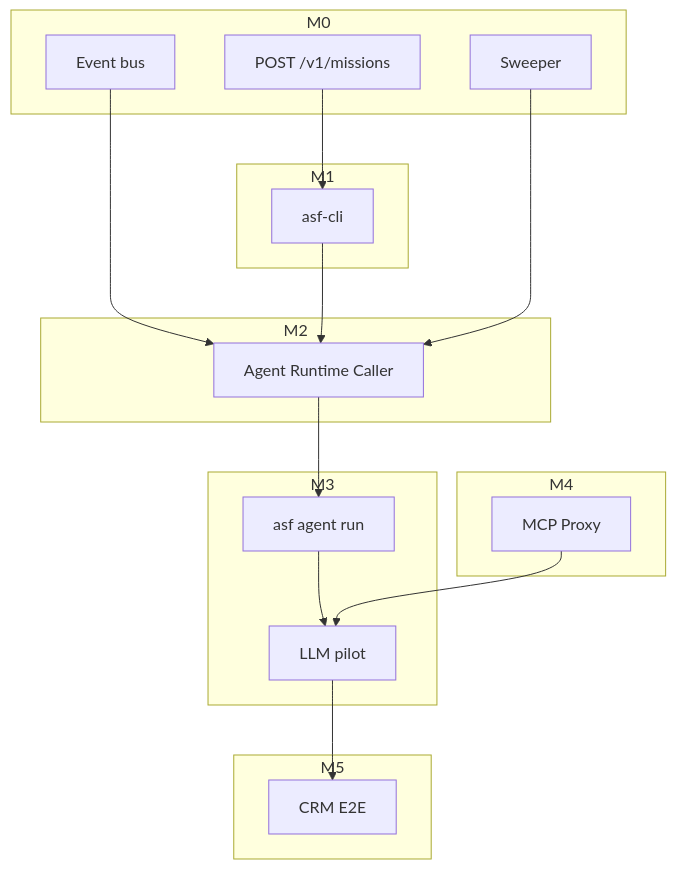
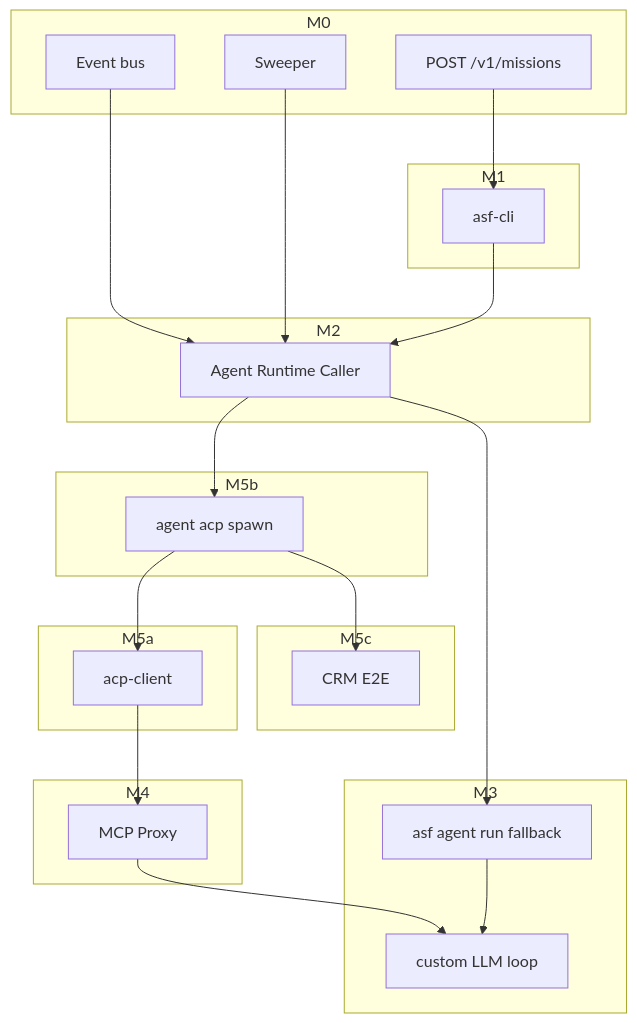
The second of 2 diagrams in docs/plans/v1-implementation-plan.md (openlearnia/OLAgent), drawn with Mermaid before and after one commit. The commit also changed other lines of this file and 9 other files, not shown here.

````diff
--- a/docs/plans/v1-implementation-plan.md
+++ b/docs/plans/v1-implementation-plan.md
@@ -357,33 +426,42 @@
 ```mermaid
 flowchart TD
     subgraph M0
         EB[Event bus]
         SW[Sweeper]
         PM[POST /v1/missions]
     end
     subgraph M1
         CLI[asf-cli]
     end
     subgraph M2
         ARC[Agent Runtime Caller]
     end
     subgraph M3
-        AR[asf agent run]
-        LLM[LLM pilot]
+        AR[asf agent run fallback]
+        LLM[custom LLM loop]
     end
     subgraph M4
         MCP[MCP Proxy]
     end
-    subgraph M5
+    subgraph M5a
+        ACP[acp-client]
+    end
+    subgraph M5b
+        CUR[agent acp spawn]
+    end
+    subgraph M5c
         CRM[CRM E2E]
     end
 
     EB --> ARC
     PM --> CLI
     CLI --> ARC
+    ARC --> CUR
+    CUR --> ACP
+    ACP --> MCP
     ARC --> AR
     AR --> LLM
     MCP --> LLM
-    LLM --> CRM
+    CUR --> CRM
     SW --> ARC
 ```
````
